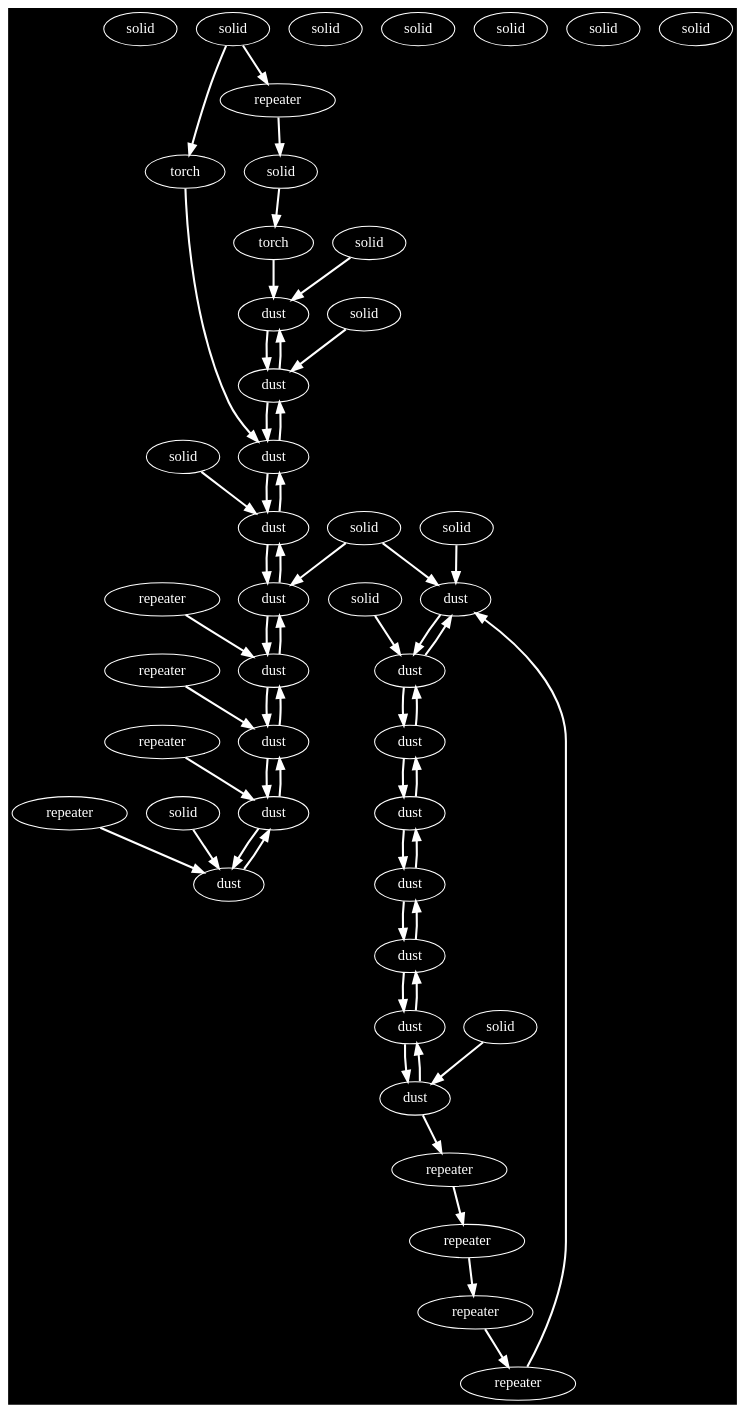
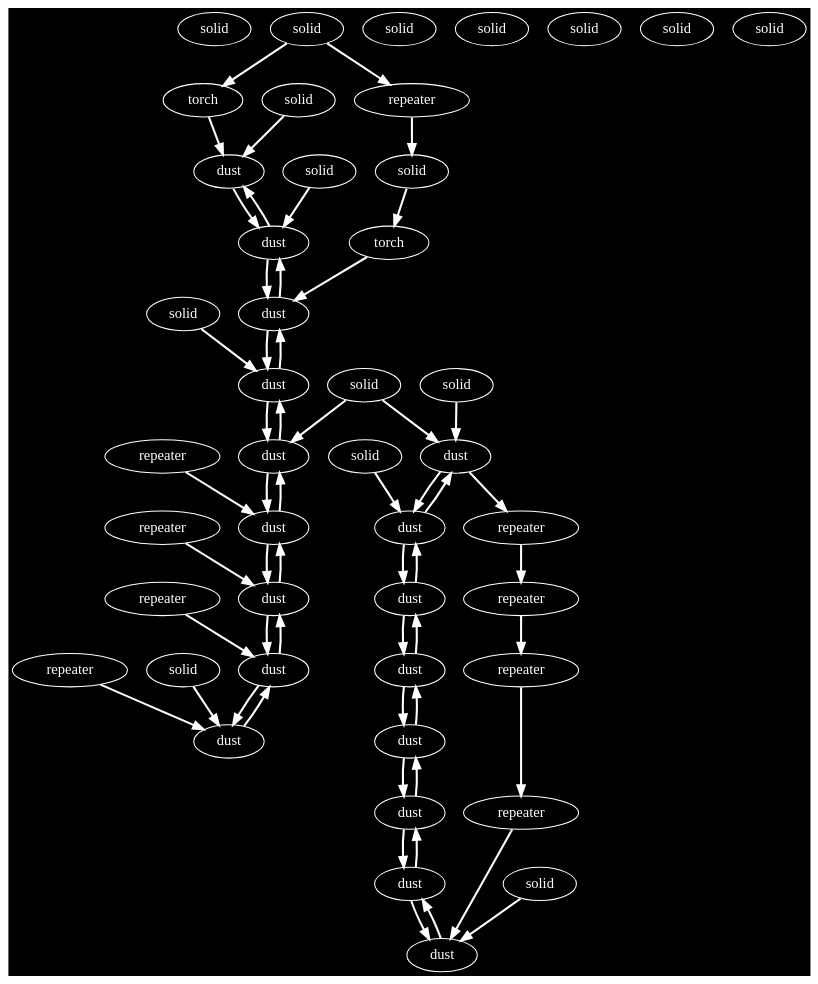
The diagram in common/src/main/java/in/lakazatong/pcbmod/redstone/examples/barrelshiftregister/barrel_shift_register.dot (lakazatong/PCBMod), drawn with Graphviz before and after one commit. The commit also changed 3 other files, not shown here.

```diff
--- a/common/src/main/java/in/lakazatong/pcbmod/redstone/examples/barrelshiftregister/barrel_shift_register.dot
+++ b/common/src/main/java/in/lakazatong/pcbmod/redstone/examples/barrelshiftregister/barrel_shift_register.dot
@@ -5,30 +5,32 @@
     "ae5c3ec0-8f59-3a13-be35-a83d1c5bf039" -> "79df7d33-2d57-3d20-9ada-cd3d04b6600f" [color="white", arrowhead="normal", fontcolor="white", penwidth=2];
     "5347ab2b-c54b-3604-96f0-26b7888cd3a1" [label="solid", style=filled, fillcolor="black", fontcolor="white", color="white", width=0.2, height=0.2];
     "5b571f68-0f15-3501-a320-b0a83a0254b0" [label="dust", style=filled, fillcolor="black", fontcolor="white", color="white", width=0.2, height=0.2];
+    "731819ad-7f4a-3e8a-9762-ef11a44172a9" -> "5b571f68-0f15-3501-a320-b0a83a0254b0" [color="white", arrowhead="normal", fontcolor="white", penwidth=2];
     "93c9a203-347c-32af-be83-3c4651199f25" -> "5b571f68-0f15-3501-a320-b0a83a0254b0" [color="white", arrowhead="normal", fontcolor="white", penwidth=2];
-    "731819ad-7f4a-3e8a-9762-ef11a44172a9" -> "5b571f68-0f15-3501-a320-b0a83a0254b0" [color="white", arrowhead="normal", fontcolor="white", penwidth=2];
     "b5c2f3cf-6c87-3be1-bf80-d28025e2f21b" [label="solid", style=filled, fillcolor="black", fontcolor="white", color="white", width=0.2, height=0.2];
+    "143daf94-f451-3ae6-b069-5bfc234f2cec" -> "b5c2f3cf-6c87-3be1-bf80-d28025e2f21b" [color="white", arrowhead="normal", fontcolor="white", penwidth=2];
     "6e8699f1-07e9-3886-ac39-3d130127e887" [label="dust", style=filled, fillcolor="black", fontcolor="white", color="white", width=0.2, height=0.2];
     "a8429368-62d3-3944-a286-bc658fb863d8" -> "6e8699f1-07e9-3886-ac39-3d130127e887" [color="white", arrowhead="normal", fontcolor="white", penwidth=2];
+    "bfe9b9b4-8c47-3d21-b63b-7f53c41a60e2" -> "6e8699f1-07e9-3886-ac39-3d130127e887" [color="white", arrowhead="normal", fontcolor="white", penwidth=2];
     "cc63c546-47d9-3367-8ea4-4a239841f433" -> "6e8699f1-07e9-3886-ac39-3d130127e887" [color="white", arrowhead="normal", fontcolor="white", penwidth=2];
-    "bfe9b9b4-8c47-3d21-b63b-7f53c41a60e2" -> "6e8699f1-07e9-3886-ac39-3d130127e887" [color="white", arrowhead="normal", fontcolor="white", penwidth=2];
     "a0b8a2e1-807b-3ef1-8f82-0cbb61817378" [label="repeater", style=filled, fillcolor="black", fontcolor="white", color="white", width=0.2, height=0.2];
     "911149af-68a6-37f7-a04e-79d9e9e2934e" [label="solid", style=filled, fillcolor="black", fontcolor="white", color="white", width=0.2, height=0.2];
     "71b08495-6a86-375b-bd10-6399bc71acd4" [label="dust", style=filled, fillcolor="black", fontcolor="white", color="white", width=0.2, height=0.2];
+    "dcedc68e-aaef-3f99-91cf-3883d9b53890" -> "71b08495-6a86-375b-bd10-6399bc71acd4" [color="white", arrowhead="normal", fontcolor="white", penwidth=2];
     "202901a9-65a6-3ada-ae39-645d281311e6" -> "71b08495-6a86-375b-bd10-6399bc71acd4" [color="white", arrowhead="normal", fontcolor="white", penwidth=2];
-    "dcedc68e-aaef-3f99-91cf-3883d9b53890" -> "71b08495-6a86-375b-bd10-6399bc71acd4" [color="white", arrowhead="normal", fontcolor="white", penwidth=2];
     "bfe9b9b4-8c47-3d21-b63b-7f53c41a60e2" -> "71b08495-6a86-375b-bd10-6399bc71acd4" [color="white", arrowhead="normal", fontcolor="white", penwidth=2];
     "59652766-359b-369a-be57-7ae10ed44df7" [label="solid", style=filled, fillcolor="black", fontcolor="white", color="white", width=0.2, height=0.2];
     "f11ffa8d-1c36-35fe-8378-cb3c0250a556" [label="dust", style=filled, fillcolor="black", fontcolor="white", color="white", width=0.2, height=0.2];
+    "57d8dfcb-3e15-3785-a9f8-d92c67260304" -> "f11ffa8d-1c36-35fe-8378-cb3c0250a556" [color="white", arrowhead="normal", fontcolor="white", penwidth=2];
     "695c2b58-b2cd-36e8-8747-dad888f756e5" -> "f11ffa8d-1c36-35fe-8378-cb3c0250a556" [color="white", arrowhead="normal", fontcolor="white", penwidth=2];
-    "57d8dfcb-3e15-3785-a9f8-d92c67260304" -> "f11ffa8d-1c36-35fe-8378-cb3c0250a556" [color="white", arrowhead="normal", fontcolor="white", penwidth=2];
     "9b3f7a47-7d06-3637-9dcb-d8a5d70c4930" [label="solid", style=filled, fillcolor="black", fontcolor="white", color="white", width=0.2, height=0.2];
     "b3674d69-58f3-32f4-a34d-619b6201dc42" [label="repeater", style=filled, fillcolor="black", fontcolor="white", color="white", width=0.2, height=0.2];
-    "009a3cb1-4a7e-3cf6-963d-5ec36d3ac40f" -> "b3674d69-58f3-32f4-a34d-619b6201dc42" [color="white", arrowhead="normal", fontcolor="white", penwidth=2];
+    "f4516df4-5e20-3dc2-b494-1ea993de6395" -> "b3674d69-58f3-32f4-a34d-619b6201dc42" [color="white", arrowhead="normal", fontcolor="white", penwidth=2];
     "6ff95c65-d545-3e48-8207-e826dedabc76" [label="repeater", style=filled, fillcolor="black", fontcolor="white", color="white", width=0.2, height=0.2];
     "61219756-d840-3b11-bf42-37dbd296f7b4" [label="dust", style=filled, fillcolor="black", fontcolor="white", color="white", width=0.2, height=0.2];
+    "29c179f9-a450-3f5d-8676-022c50f4696a" -> "61219756-d840-3b11-bf42-37dbd296f7b4" [color="white", arrowhead="normal", fontcolor="white", penwidth=2];
+    "911149af-68a6-37f7-a04e-79d9e9e2934e" -> "61219756-d840-3b11-bf42-37dbd296f7b4" [color="white", arrowhead="normal", fontcolor="white", penwidth=2];
     "93c9a203-347c-32af-be83-3c4651199f25" -> "61219756-d840-3b11-bf42-37dbd296f7b4" [color="white", arrowhead="normal", fontcolor="white", penwidth=2];
-    "911149af-68a6-37f7-a04e-79d9e9e2934e" -> "61219756-d840-3b11-bf42-37dbd296f7b4" [color="white", arrowhead="normal", fontcolor="white", penwidth=2];
     "8cc3a70e-0ef4-3ef8-9715-bf8d620a08cd" [label="torch", style=filled, fillcolor="black", fontcolor="white", color="white", width=0.2, height=0.2];
     "b5c2f3cf-6c87-3be1-bf80-d28025e2f21b" -> "8cc3a70e-0ef4-3ef8-9715-bf8d620a08cd" [color="white", arrowhead="normal", fontcolor="white", penwidth=2];
     "a1360e59-17f4-34c1-a6f4-d747a4a1b217" [label="solid", style=filled, fillcolor="black", fontcolor="white", color="white", width=0.2, height=0.2];
@@ -36,35 +38,35 @@
     "61219756-d840-3b11-bf42-37dbd296f7b4" -> "93c9a203-347c-32af-be83-3c4651199f25" [color="white", arrowhead="normal", fontcolor="white", penwidth=2];
     "5b571f68-0f15-3501-a320-b0a83a0254b0" -> "93c9a203-347c-32af-be83-3c4651199f25" [color="white", arrowhead="normal", fontcolor="white", penwidth=2];
     "cbbd73e2-2c5d-3fc1-b1a2-64cfc9b0657d" [label="dust", style=filled, fillcolor="black", fontcolor="white", color="white", width=0.2, height=0.2];
+    "44ca0ece-ef77-3808-b467-15a54e5526c1" -> "cbbd73e2-2c5d-3fc1-b1a2-64cfc9b0657d" [color="white", arrowhead="normal", fontcolor="white", penwidth=2];
     "7c407d07-70a8-349e-9dea-9706270d5a7c" -> "cbbd73e2-2c5d-3fc1-b1a2-64cfc9b0657d" [color="white", arrowhead="normal", fontcolor="white", penwidth=2];
-    "44ca0ece-ef77-3808-b467-15a54e5526c1" -> "cbbd73e2-2c5d-3fc1-b1a2-64cfc9b0657d" [color="white", arrowhead="normal", fontcolor="white", penwidth=2];
     "97f0f680-d63b-3547-a0ce-e457be9fd927" -> "cbbd73e2-2c5d-3fc1-b1a2-64cfc9b0657d" [color="white", arrowhead="normal", fontcolor="white", penwidth=2];
     "267b5d56-777a-3979-8a0c-28f87be30e9a" [label="dust", style=filled, fillcolor="black", fontcolor="white", color="white", width=0.2, height=0.2];
-    "220de361-52fd-3d21-9d87-834fd0982ec4" -> "267b5d56-777a-3979-8a0c-28f87be30e9a" [color="white", arrowhead="normal", fontcolor="white", penwidth=2];
     "a8429368-62d3-3944-a286-bc658fb863d8" -> "267b5d56-777a-3979-8a0c-28f87be30e9a" [color="white", arrowhead="normal", fontcolor="white", penwidth=2];
     "6ff95c65-d545-3e48-8207-e826dedabc76" -> "267b5d56-777a-3979-8a0c-28f87be30e9a" [color="white", arrowhead="normal", fontcolor="white", penwidth=2];
+    "220de361-52fd-3d21-9d87-834fd0982ec4" -> "267b5d56-777a-3979-8a0c-28f87be30e9a" [color="white", arrowhead="normal", fontcolor="white", penwidth=2];
     "220de361-52fd-3d21-9d87-834fd0982ec4" [label="dust", style=filled, fillcolor="black", fontcolor="white", color="white", width=0.2, height=0.2];
+    "44ca0ece-ef77-3808-b467-15a54e5526c1" -> "220de361-52fd-3d21-9d87-834fd0982ec4" [color="white", arrowhead="normal", fontcolor="white", penwidth=2];
     "267b5d56-777a-3979-8a0c-28f87be30e9a" -> "220de361-52fd-3d21-9d87-834fd0982ec4" [color="white", arrowhead="normal", fontcolor="white", penwidth=2];
     "a0b8a2e1-807b-3ef1-8f82-0cbb61817378" -> "220de361-52fd-3d21-9d87-834fd0982ec4" [color="white", arrowhead="normal", fontcolor="white", penwidth=2];
-    "44ca0ece-ef77-3808-b467-15a54e5526c1" -> "220de361-52fd-3d21-9d87-834fd0982ec4" [color="white", arrowhead="normal", fontcolor="white", penwidth=2];
     "009a3cb1-4a7e-3cf6-963d-5ec36d3ac40f" [label="repeater", style=filled, fillcolor="black", fontcolor="white", color="white", width=0.2, height=0.2];
-    "29c179f9-a450-3f5d-8676-022c50f4696a" -> "009a3cb1-4a7e-3cf6-963d-5ec36d3ac40f" [color="white", arrowhead="normal", fontcolor="white", penwidth=2];
+    "b3674d69-58f3-32f4-a34d-619b6201dc42" -> "009a3cb1-4a7e-3cf6-963d-5ec36d3ac40f" [color="white", arrowhead="normal", fontcolor="white", penwidth=2];
     "143daf94-f451-3ae6-b069-5bfc234f2cec" [label="repeater", style=filled, fillcolor="black", fontcolor="white", color="white", width=0.2, height=0.2];
-    "b5c2f3cf-6c87-3be1-bf80-d28025e2f21b" -> "143daf94-f451-3ae6-b069-5bfc234f2cec" [color="white", arrowhead="normal", fontcolor="white", penwidth=2];
+    "ae5c3ec0-8f59-3a13-be35-a83d1c5bf039" -> "143daf94-f451-3ae6-b069-5bfc234f2cec" [color="white", arrowhead="normal", fontcolor="white", penwidth=2];
     "bfe9b9b4-8c47-3d21-b63b-7f53c41a60e2" [label="dust", style=filled, fillcolor="black", fontcolor="white", color="white", width=0.2, height=0.2];
+    "71b08495-6a86-375b-bd10-6399bc71acd4" -> "bfe9b9b4-8c47-3d21-b63b-7f53c41a60e2" [color="white", arrowhead="normal", fontcolor="white", penwidth=2];
     "8cc3a70e-0ef4-3ef8-9715-bf8d620a08cd" -> "bfe9b9b4-8c47-3d21-b63b-7f53c41a60e2" [color="white", arrowhead="normal", fontcolor="white", penwidth=2];
-    "71b08495-6a86-375b-bd10-6399bc71acd4" -> "bfe9b9b4-8c47-3d21-b63b-7f53c41a60e2" [color="white", arrowhead="normal", fontcolor="white", penwidth=2];
     "6e8699f1-07e9-3886-ac39-3d130127e887" -> "bfe9b9b4-8c47-3d21-b63b-7f53c41a60e2" [color="white", arrowhead="normal", fontcolor="white", penwidth=2];
     "7c407d07-70a8-349e-9dea-9706270d5a7c" [label="repeater", style=filled, fillcolor="black", fontcolor="white", color="white", width=0.2, height=0.2];
     "695c2b58-b2cd-36e8-8747-dad888f756e5" [label="dust", style=filled, fillcolor="black", fontcolor="white", color="white", width=0.2, height=0.2];
     "ca50d698-bdd8-38ba-bb4f-338b9d828919" -> "695c2b58-b2cd-36e8-8747-dad888f756e5" [color="white", arrowhead="normal", fontcolor="white", penwidth=2];
+    "f11ffa8d-1c36-35fe-8378-cb3c0250a556" -> "695c2b58-b2cd-36e8-8747-dad888f756e5" [color="white", arrowhead="normal", fontcolor="white", penwidth=2];
     "6bddd822-2136-38da-8e2d-4d47f6697966" -> "695c2b58-b2cd-36e8-8747-dad888f756e5" [color="white", arrowhead="normal", fontcolor="white", penwidth=2];
-    "f11ffa8d-1c36-35fe-8378-cb3c0250a556" -> "695c2b58-b2cd-36e8-8747-dad888f756e5" [color="white", arrowhead="normal", fontcolor="white", penwidth=2];
     "1d9acc7d-fce5-3346-9ecd-6664a05c1cdd" [label="solid", style=filled, fillcolor="black", fontcolor="white", color="white", width=0.2, height=0.2];
     "97f0f680-d63b-3547-a0ce-e457be9fd927" [label="solid", style=filled, fillcolor="black", fontcolor="white", color="white", width=0.2, height=0.2];
     "44ca0ece-ef77-3808-b467-15a54e5526c1" [label="dust", style=filled, fillcolor="black", fontcolor="white", color="white", width=0.2, height=0.2];
+    "cbbd73e2-2c5d-3fc1-b1a2-64cfc9b0657d" -> "44ca0ece-ef77-3808-b467-15a54e5526c1" [color="white", arrowhead="normal", fontcolor="white", penwidth=2];
     "220de361-52fd-3d21-9d87-834fd0982ec4" -> "44ca0ece-ef77-3808-b467-15a54e5526c1" [color="white", arrowhead="normal", fontcolor="white", penwidth=2];
-    "cbbd73e2-2c5d-3fc1-b1a2-64cfc9b0657d" -> "44ca0ece-ef77-3808-b467-15a54e5526c1" [color="white", arrowhead="normal", fontcolor="white", penwidth=2];
     "222a7fb5-fd6f-31a6-969b-346b9d6d4a7b" -> "44ca0ece-ef77-3808-b467-15a54e5526c1" [color="white", arrowhead="normal", fontcolor="white", penwidth=2];
     "202901a9-65a6-3ada-ae39-645d281311e6" [label="solid", style=filled, fillcolor="black", fontcolor="white", color="white", width=0.2, height=0.2];
     "731819ad-7f4a-3e8a-9762-ef11a44172a9" [label="dust", style=filled, fillcolor="black", fontcolor="white", color="white", width=0.2, height=0.2];
@@ -74,28 +76,26 @@
     "38eb184d-552f-3a21-aa7f-6a6563d916c5" [label="solid", style=filled, fillcolor="black", fontcolor="white", color="white", width=0.2, height=0.2];
     "222a7fb5-fd6f-31a6-969b-346b9d6d4a7b" [label="repeater", style=filled, fillcolor="black", fontcolor="white", color="white", width=0.2, height=0.2];
     "29c179f9-a450-3f5d-8676-022c50f4696a" [label="repeater", style=filled, fillcolor="black", fontcolor="white", color="white", width=0.2, height=0.2];
-    "61219756-d840-3b11-bf42-37dbd296f7b4" -> "29c179f9-a450-3f5d-8676-022c50f4696a" [color="white", arrowhead="normal", fontcolor="white", penwidth=2];
+    "009a3cb1-4a7e-3cf6-963d-5ec36d3ac40f" -> "29c179f9-a450-3f5d-8676-022c50f4696a" [color="white", arrowhead="normal", fontcolor="white", penwidth=2];
     "f4516df4-5e20-3dc2-b494-1ea993de6395" [label="repeater", style=filled, fillcolor="black", fontcolor="white", color="white", width=0.2, height=0.2];
-    "b3674d69-58f3-32f4-a34d-619b6201dc42" -> "f4516df4-5e20-3dc2-b494-1ea993de6395" [color="white", arrowhead="normal", fontcolor="white", penwidth=2];
+    "ca50d698-bdd8-38ba-bb4f-338b9d828919" -> "f4516df4-5e20-3dc2-b494-1ea993de6395" [color="white", arrowhead="normal", fontcolor="white", penwidth=2];
     "57d8dfcb-3e15-3785-a9f8-d92c67260304" [label="dust", style=filled, fillcolor="black", fontcolor="white", color="white", width=0.2, height=0.2];
     "f11ffa8d-1c36-35fe-8378-cb3c0250a556" -> "57d8dfcb-3e15-3785-a9f8-d92c67260304" [color="white", arrowhead="normal", fontcolor="white", penwidth=2];
     "731819ad-7f4a-3e8a-9762-ef11a44172a9" -> "57d8dfcb-3e15-3785-a9f8-d92c67260304" [color="white", arrowhead="normal", fontcolor="white", penwidth=2];
     "ca50d698-bdd8-38ba-bb4f-338b9d828919" [label="dust", style=filled, fillcolor="black", fontcolor="white", color="white", width=0.2, height=0.2];
-    "f4516df4-5e20-3dc2-b494-1ea993de6395" -> "ca50d698-bdd8-38ba-bb4f-338b9d828919" [color="white", arrowhead="normal", fontcolor="white", penwidth=2];
+    "87ed5b72-f553-389b-956d-7719fed7e18c" -> "ca50d698-bdd8-38ba-bb4f-338b9d828919" [color="white", arrowhead="normal", fontcolor="white", penwidth=2];
     "695c2b58-b2cd-36e8-8747-dad888f756e5" -> "ca50d698-bdd8-38ba-bb4f-338b9d828919" [color="white", arrowhead="normal", fontcolor="white", penwidth=2];
-    "87ed5b72-f553-389b-956d-7719fed7e18c" -> "ca50d698-bdd8-38ba-bb4f-338b9d828919" [color="white", arrowhead="normal", fontcolor="white", penwidth=2];
     "1d9acc7d-fce5-3346-9ecd-6664a05c1cdd" -> "ca50d698-bdd8-38ba-bb4f-338b9d828919" [color="white", arrowhead="normal", fontcolor="white", penwidth=2];
     "6bddd822-2136-38da-8e2d-4d47f6697966" [label="solid", style=filled, fillcolor="black", fontcolor="white", color="white", width=0.2, height=0.2];
     "87ed5b72-f553-389b-956d-7719fed7e18c" [label="solid", style=filled, fillcolor="black", fontcolor="white", color="white", width=0.2, height=0.2];
     "870ed7a9-1045-3d9b-8b13-8b295d6cae57" [label="solid", style=filled, fillcolor="black", fontcolor="white", color="white", width=0.2, height=0.2];
     "ae5c3ec0-8f59-3a13-be35-a83d1c5bf039" [label="solid", style=filled, fillcolor="black", fontcolor="white", color="white", width=0.2, height=0.2];
-    "143daf94-f451-3ae6-b069-5bfc234f2cec" -> "ae5c3ec0-8f59-3a13-be35-a83d1c5bf039" [color="white", arrowhead="normal", fontcolor="white", penwidth=2];
     "dcedc68e-aaef-3f99-91cf-3883d9b53890" [label="dust", style=filled, fillcolor="black", fontcolor="white", color="white", width=0.2, height=0.2];
+    "71b08495-6a86-375b-bd10-6399bc71acd4" -> "dcedc68e-aaef-3f99-91cf-3883d9b53890" [color="white", arrowhead="normal", fontcolor="white", penwidth=2];
     "79df7d33-2d57-3d20-9ada-cd3d04b6600f" -> "dcedc68e-aaef-3f99-91cf-3883d9b53890" [color="white", arrowhead="normal", fontcolor="white", penwidth=2];
     "870ed7a9-1045-3d9b-8b13-8b295d6cae57" -> "dcedc68e-aaef-3f99-91cf-3883d9b53890" [color="white", arrowhead="normal", fontcolor="white", penwidth=2];
-    "71b08495-6a86-375b-bd10-6399bc71acd4" -> "dcedc68e-aaef-3f99-91cf-3883d9b53890" [color="white", arrowhead="normal", fontcolor="white", penwidth=2];
     "a8429368-62d3-3944-a286-bc658fb863d8" [label="dust", style=filled, fillcolor="black", fontcolor="white", color="white", width=0.2, height=0.2];
     "267b5d56-777a-3979-8a0c-28f87be30e9a" -> "a8429368-62d3-3944-a286-bc658fb863d8" [color="white", arrowhead="normal", fontcolor="white", penwidth=2];
+    "6e8699f1-07e9-3886-ac39-3d130127e887" -> "a8429368-62d3-3944-a286-bc658fb863d8" [color="white", arrowhead="normal", fontcolor="white", penwidth=2];
     "1d9acc7d-fce5-3346-9ecd-6664a05c1cdd" -> "a8429368-62d3-3944-a286-bc658fb863d8" [color="white", arrowhead="normal", fontcolor="white", penwidth=2];
-    "6e8699f1-07e9-3886-ac39-3d130127e887" -> "a8429368-62d3-3944-a286-bc658fb863d8" [color="white", arrowhead="normal", fontcolor="white", penwidth=2];
 }
```
